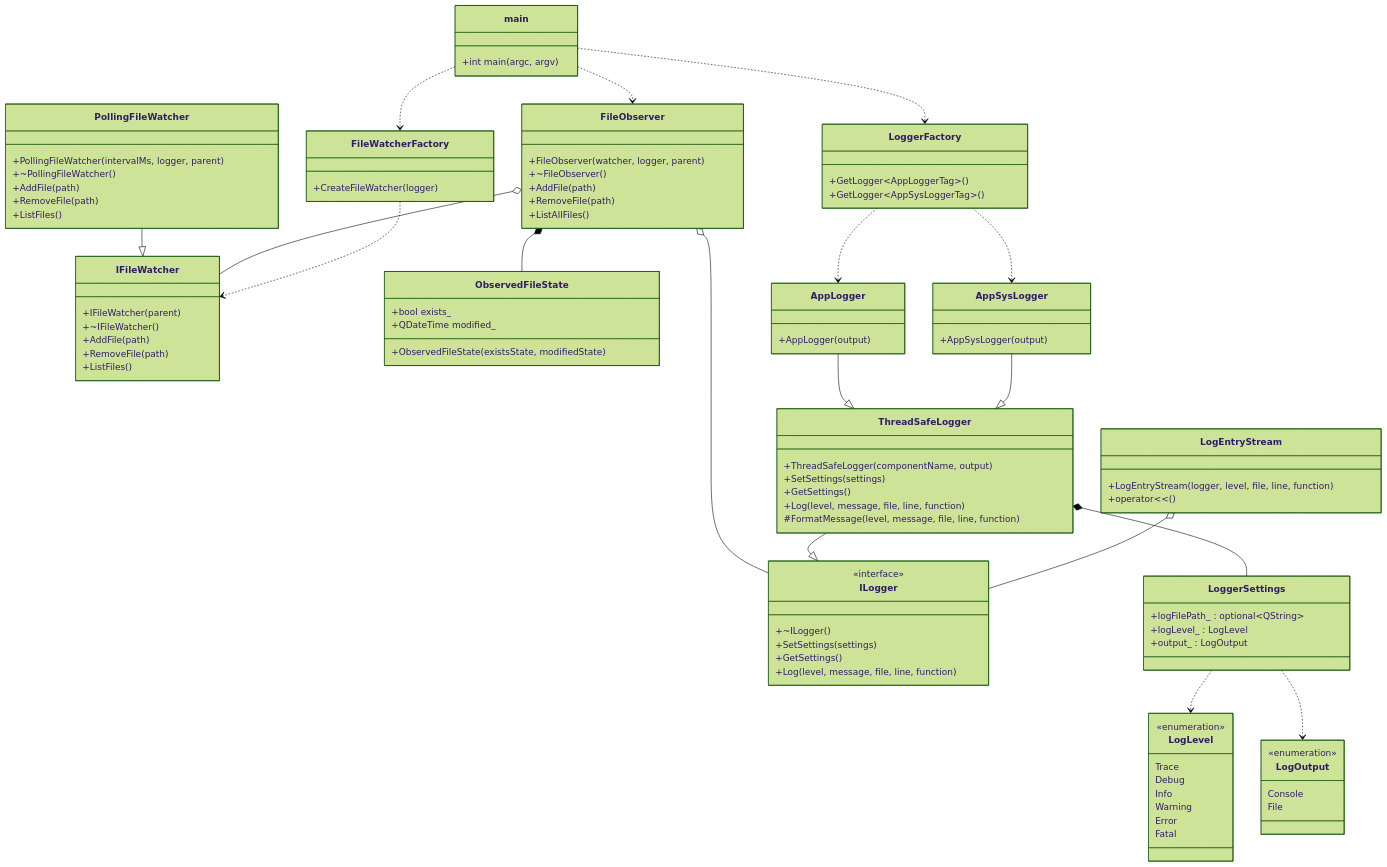
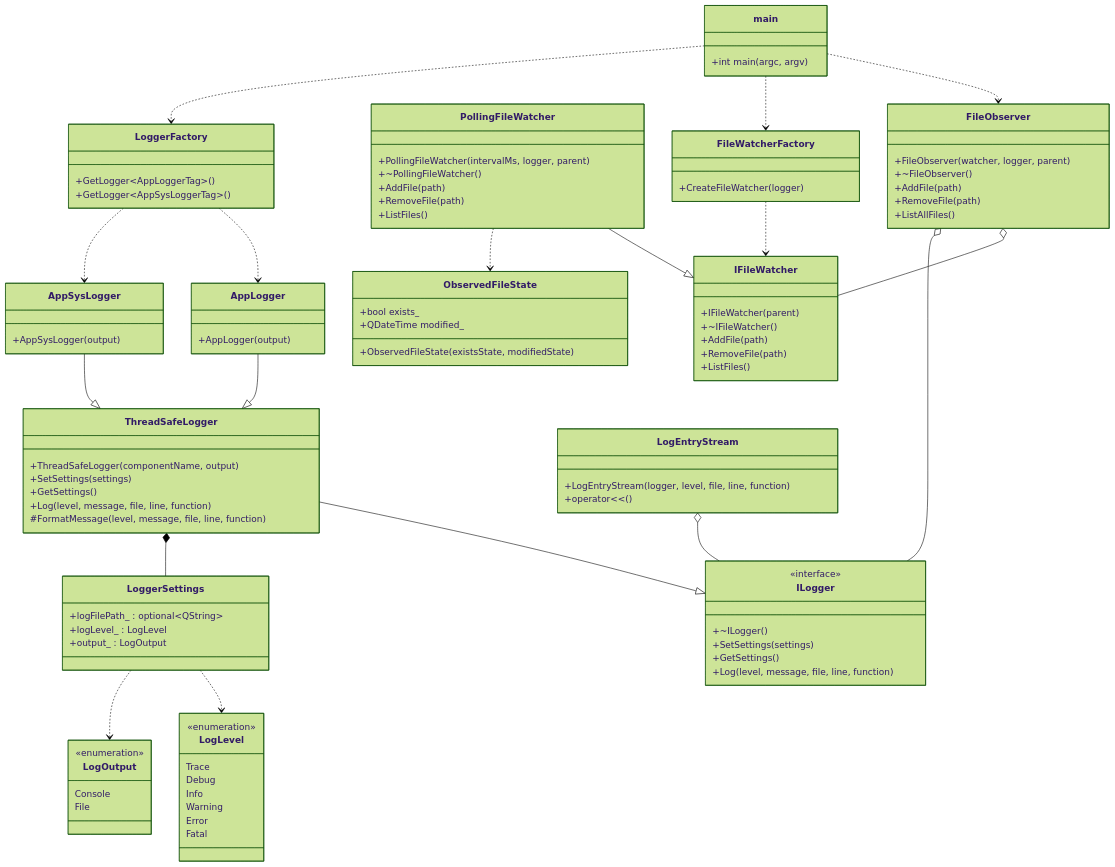
The diagram in README.md (artoshechka/programming_tech_lab_1), drawn with Mermaid (forest theme) before and after one commit.

```diff
--- a/README.md
+++ b/README.md
@@ -120,7 +120,7 @@
 	PollingFileWatcher --|> IFileWatcher
 	FileObserver o-- IFileWatcher
 	FileObserver o-- ILogger
-	FileObserver *-- ObservedFileState
+	PollingFileWatcher ..> ObservedFileState
 	ThreadSafeLogger --|> ILogger
 	AppLogger --|> ThreadSafeLogger
 	AppSysLogger --|> ThreadSafeLogger
```
